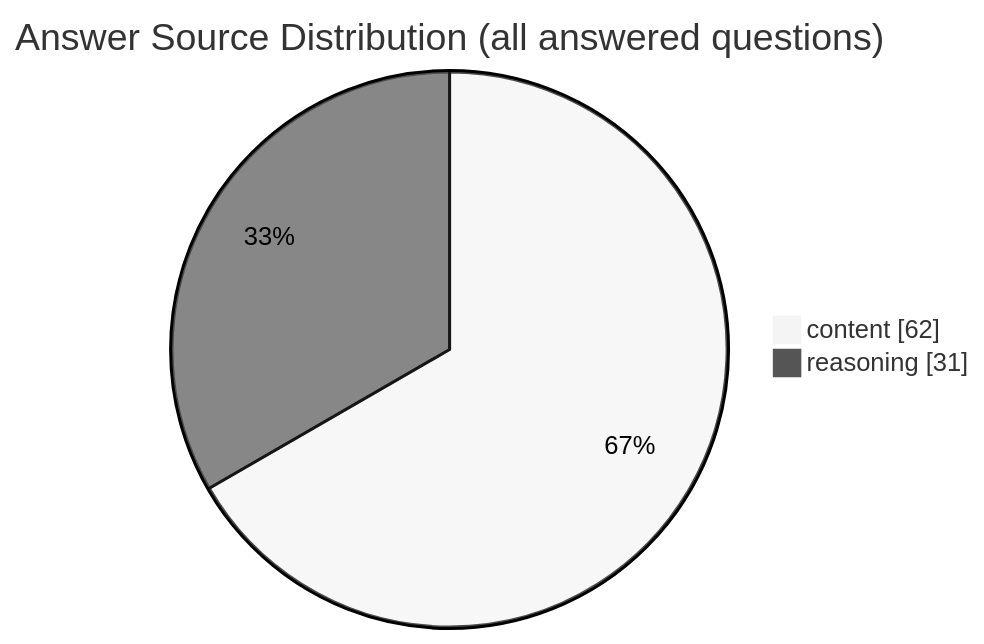
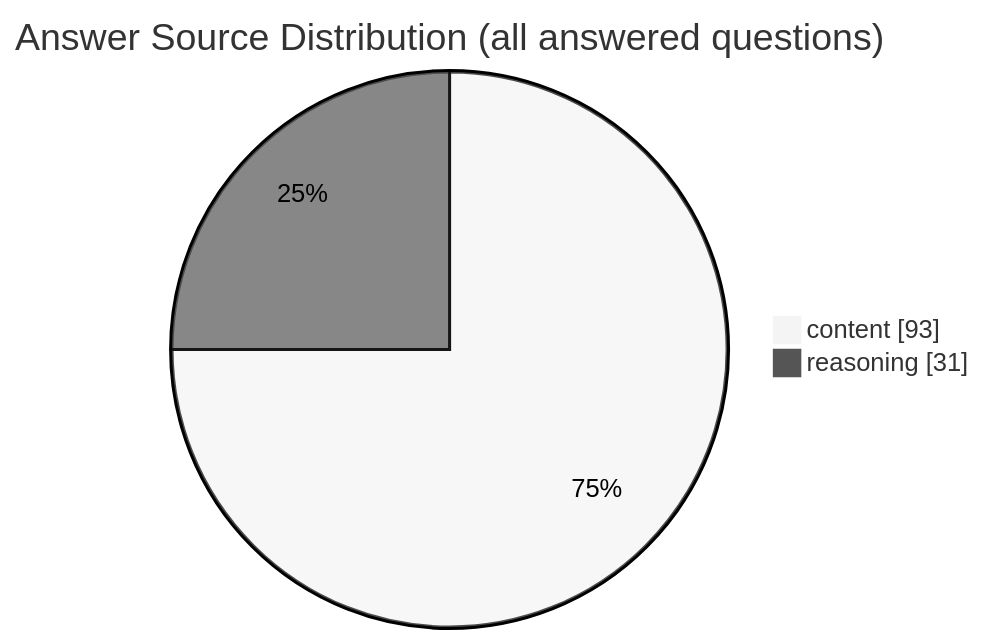
The diagram in README.md (micelvrice/llm-sbti-fuckery), drawn with Mermaid (neutral theme) before and after one commit. The commit also changed other lines of this file and 9 other files, not shown here.

````diff
--- a/README.md
+++ b/README.md
@@ -58,6 +74,6 @@
 ```mermaid
 pie showData
   title Answer Source Distribution (all answered questions)
-  "content" : 62
+  "content" : 93
   "reasoning" : 31
 ```
````
